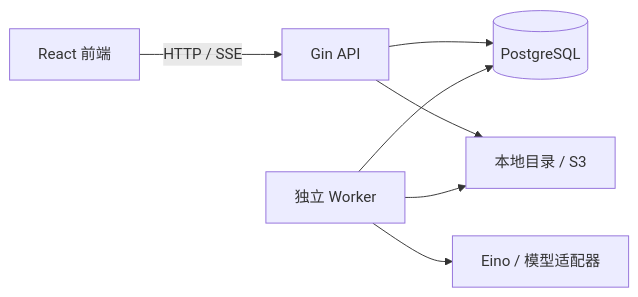
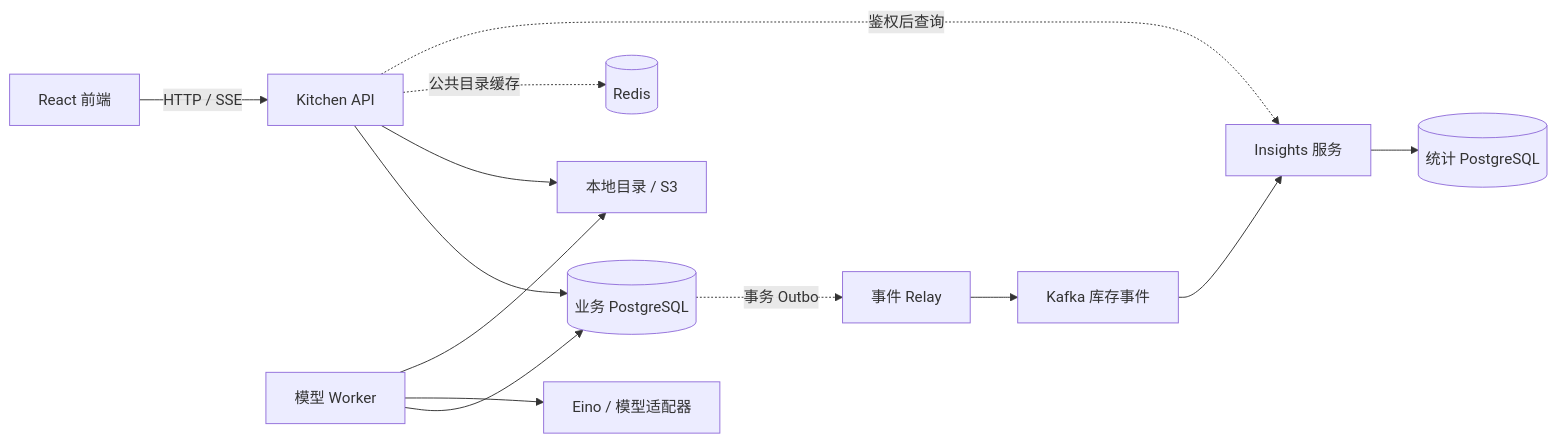
The second of 2 diagrams in README.md (link1ks/FoodFlow), drawn with Mermaid before and after one commit. The commit also changed other lines of this file and 1 other file, not shown here.

Commit message:
docs: refresh README with platform architecture and harness evidence

````diff
--- a/README.md
+++ b/README.md
@@ -59,9 +52,15 @@
 ```mermaid
 flowchart LR
-    Web[React 前端] -->|HTTP / SSE| API[Gin API]
-    API --> DB[(PostgreSQL)]
-    Worker[独立 Worker] --> DB
+    Web[React 前端] -->|HTTP / SSE| API[Kitchen API]
+    API --> DB[(业务 PostgreSQL)]
+    Worker[模型 Worker] --> DB
     Worker --> Model[Eino / 模型适配器]
     API --> Storage[本地目录 / S3]
     Worker --> Storage
+    API -.公共目录缓存.-> Redis[(Redis)]
+    DB -.事务 Outbox.-> Relay[事件 Relay]
+    Relay --> Kafka[Kafka 库存事件]
+    Kafka --> Insights[Insights 服务]
+    Insights --> IPG[(统计 PostgreSQL)]
+    API -.鉴权后查询.-> Insights
 ```
````
